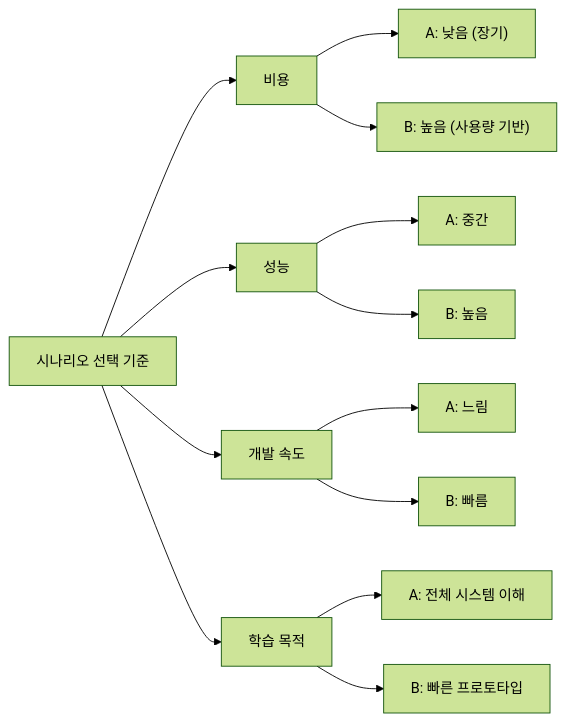
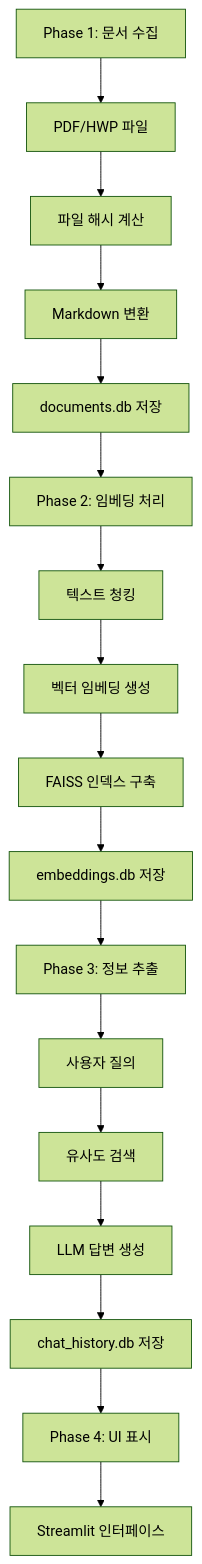
One commit to c0z0c/codeit_ai_g2b_search changed the second of 8 diagrams in docs/doc/RAG_PEP_프로젝트_가이드.md. Above: the diagram before and after it, drawn with Mermaid (forest theme). The commit also changed other lines of this file and 12 other files, not shown here.

````diff
--- a/docs/doc/RAG_PEP_프로젝트_가이드.md
+++ b/docs/doc/RAG_PEP_프로젝트_가이드.md
@@ -157,19 +206,22 @@
 ```mermaid
-graph LR
-    A["시나리오 선택 기준"] --> B["비용"]
-    A --> C["성능"]
-    A --> D["개발 속도"]
-    A --> E["학습 목적"]
+graph TD
+    A["Phase 1: 문서 수집"] --> B["PDF/HWP 파일"]
+    B --> C["파일 해시 계산"]
+    C --> D["Markdown 변환"]
+    D --> E["documents.db 저장"]
     
-    B --> F["A: 낮음 (장기)"]
-    B --> G["B: 높음 (사용량 기반)"]
+    E --> F["Phase 2: 임베딩 처리"]
+    F --> G["텍스트 청킹"]
+    G --> H["벡터 임베딩 생성"]
+    H --> I["FAISS 인덱스 구축"]
+    I --> J["embeddings.db 저장"]
     
-    C --> H["A: 중간"]
-    C --> I["B: 높음"]
+    J --> K["Phase 3: 정보 추출"]
+    K --> L["사용자 질의"]
+    L --> M["유사도 검색"]
+    M --> N["LLM 답변 생성"]
+    N --> O["chat_history.db 저장"]
     
-    D --> J["A: 느림"]
-    D --> K["B: 빠름"]
-    
-    E --> L["A: 전체 시스템 이해"]
-    E --> M["B: 빠른 프로토타입"]
+    O --> P["Phase 4: UI 표시"]
+    P --> Q["Streamlit 인터페이스"]
 ```
````
